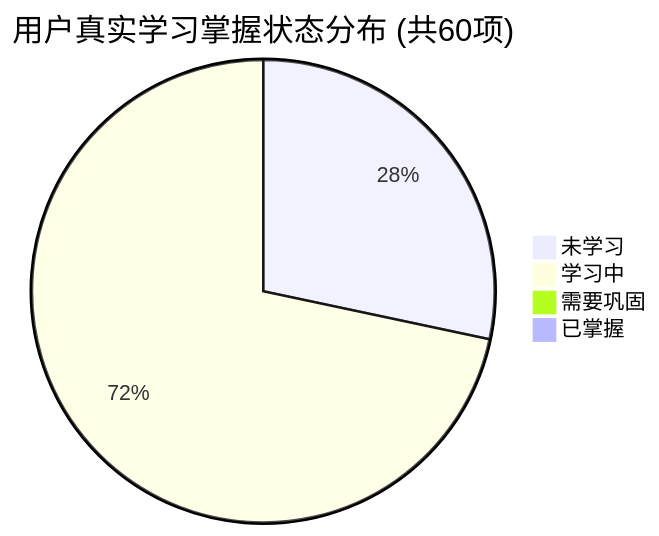
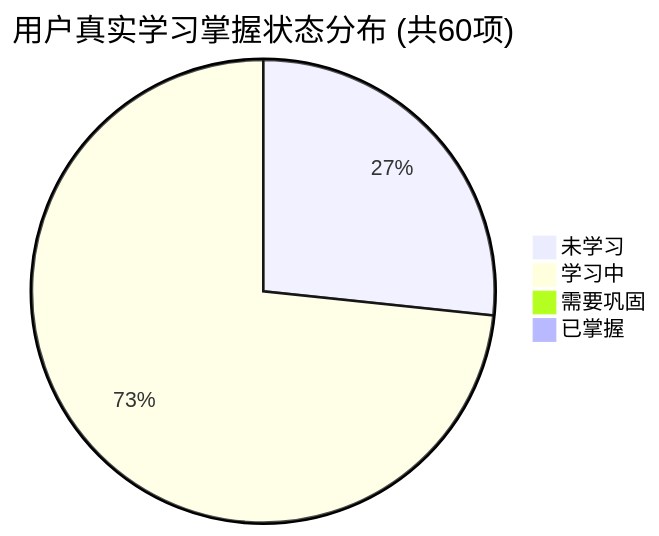
One commit to tieke1121/tech-interview-knowledge-base changed the first of 2 diagrams in PROGRESS.md. Above: the diagram before and after it, drawn with Mermaid. The commit also changed other lines of this file and 1 other file, not shown here.

````diff
--- a/PROGRESS.md
+++ b/PROGRESS.md
@@ -27,7 +27,7 @@
 ```mermaid
 pie title 用户真实学习掌握状态分布 (共60项)
-    "未学习" : 17
-    "学习中" : 43
+    "未学习" : 16
+    "学习中" : 44
     "需要巩固" : 0
     "已掌握" : 0
 ```
````
